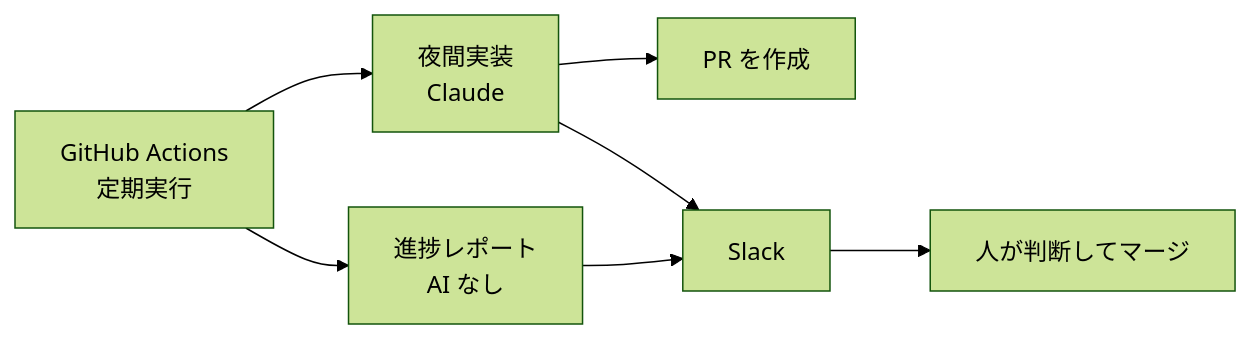
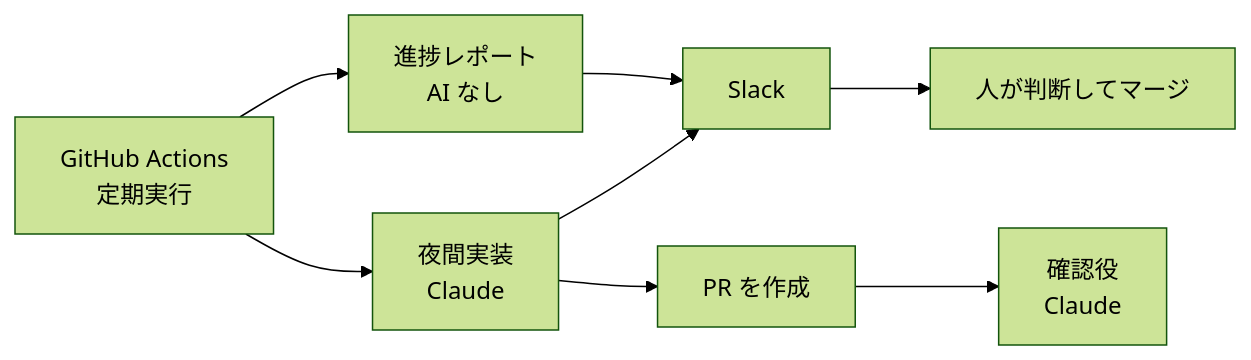
Before and after one commit to hang-up33/hmi-platform: the diagram in Docs/ai-automation.md, drawn with Mermaid (forest theme). The commit also changed other lines of this file and 2 other files, not shown here.

````diff
--- a/Docs/ai-automation.md
+++ b/Docs/ai-automation.md
@@ -5,9 +5,10 @@
 ```mermaid
 flowchart LR
   A[GitHub Actions<br/>定期実行] --> B[進捗レポート<br/>AI なし]
   A --> C[夜間実装<br/>Claude]
   C --> D[PR を作成]
+  D --> R[確認役<br/>Claude]
   B --> E[Slack]
   C --> E
   E --> F[人が判断してマージ]
 ```
````
